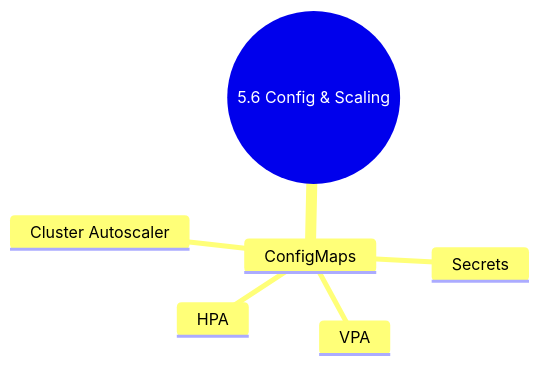
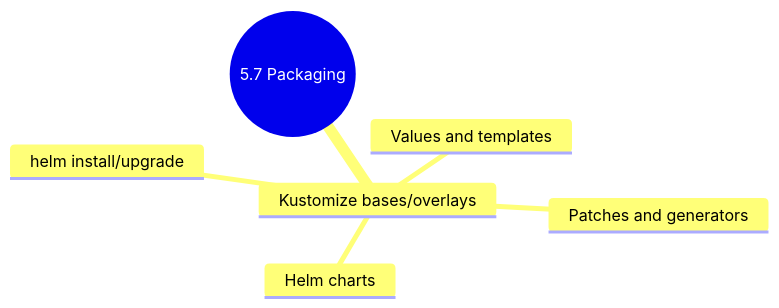
Before and after one commit to VidhyadharanSS/PlatformEngineeringNotes: the diagram in 5-Kubernetes/Subchapter_5.6/5.6.3_Subchapter_Review.md, drawn with Mermaid. The commit also changed other lines of this file and 120 other files, not shown here.

````diff
--- a/5-Kubernetes/Subchapter_5.6/5.6.3_Subchapter_Review.md
+++ b/5-Kubernetes/Subchapter_5.6/5.6.3_Subchapter_Review.md
@@ -238,9 +209,9 @@
 ```mermaid
 mindmap
-  root((5.6 Config & Scaling))
-    ConfigMaps
-      Secrets
-      HPA
-      VPA
-      Cluster Autoscaler
+  root((5.7 Packaging))
+    Kustomize bases/overlays
+      Patches and generators
+      Helm charts
+      Values and templates
+      helm install/upgrade
 ```
````
